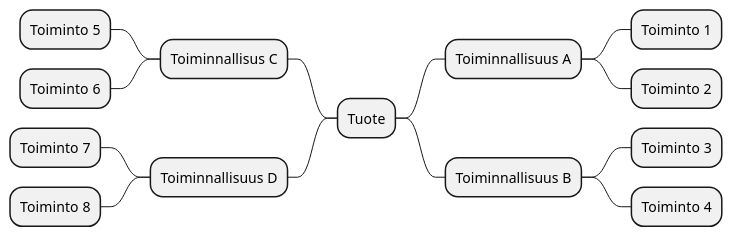
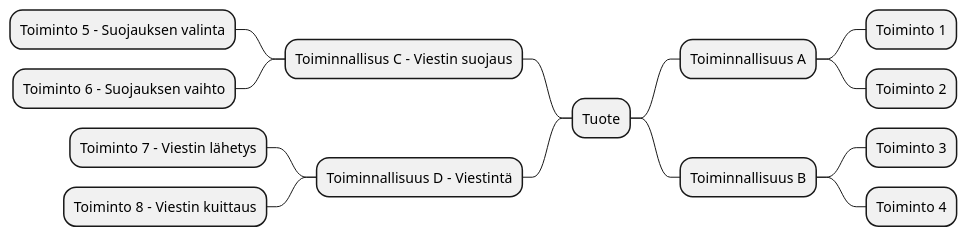
The first of 5 diagrams in dokumentit/20-Vaatimustenhallinta/vaatimusmaaritely-tiivis.md (ninaleo/ransut-core), drawn with PlantUML before and after one commit. The commit also changed other lines of this file, not shown here.

````diff
--- a/dokumentit/20-Vaatimustenhallinta/vaatimusmaaritely-tiivis.md
+++ b/dokumentit/20-Vaatimustenhallinta/vaatimusmaaritely-tiivis.md
@@ -19,18 +21,18 @@
 ```plantuml
 @startmindmap
 + Tuote
 ++ Toiminnallisuus A
 +++ Toiminto 1
 +++ Toiminto 2
 ++ Toiminnallisuus B
 +++ Toiminto 3
 +++ Toiminto 4
--- Toiminnallisus C
---- Toiminto 5
---- Toiminto 6
--- Toiminnallisuus D
---- Toiminto 7
---- Toiminto 8
+-- Toiminnallisus C - Viestin suojaus
+--- Toiminto 5 - Suojauksen valinta
+--- Toiminto 6 - Suojauksen vaihto
+-- Toiminnallisuus D - Viestintä
+--- Toiminto 7 - Viestin lähetys
+--- Toiminto 8 - Viestin kuittaus
 
 @endmindmap
 ```
````
